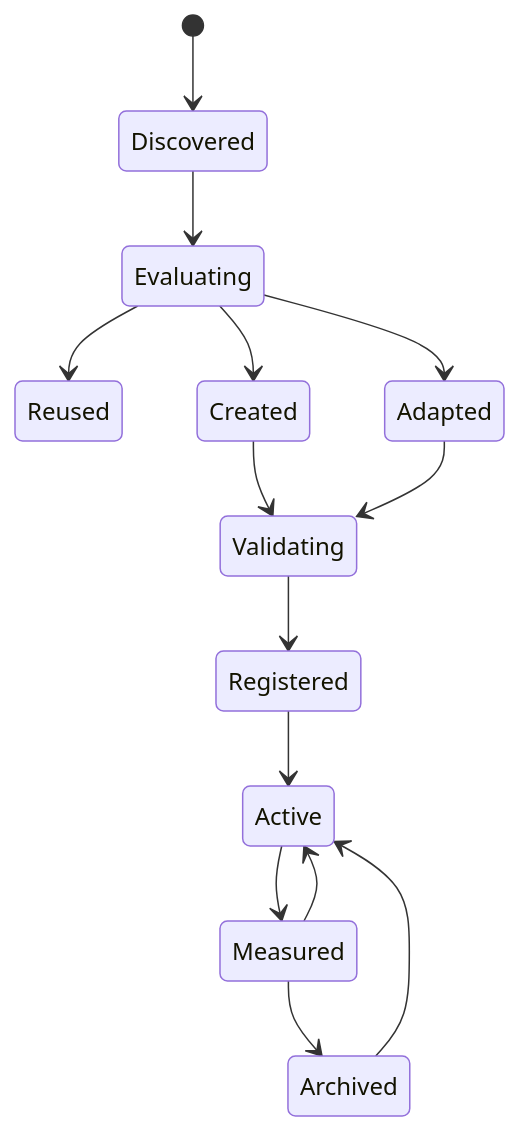
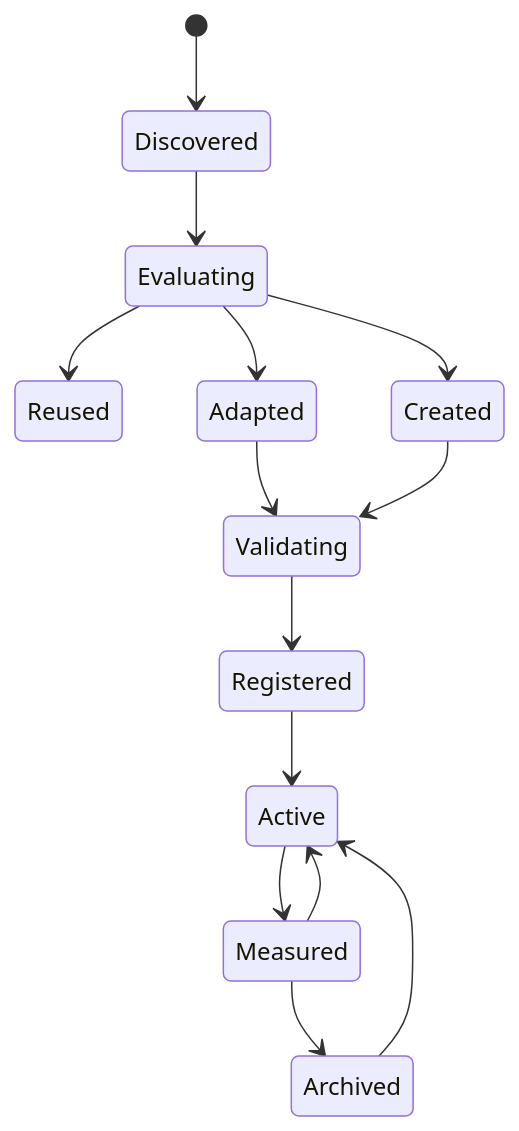
One commit to SaifulHaqueNiloy/supremeai changed the fourth of 8 diagrams in README.md. Above: the diagram before and after it, drawn with Mermaid. The commit also changed other lines of this file, not shown here.

Commit message:
docs: add SupremeAI constitution and complete service architecture guide

````diff
--- a/README.md
+++ b/README.md
@@ -329,16 +525,16 @@
 ```mermaid
 stateDiagram-v2
     [*] --> Discovered
     Discovered --> Evaluating
     Evaluating --> Reused
     Evaluating --> Adapted
     Evaluating --> Created
+    Adapted --> Validating
     Created --> Validating
-    Adapted --> Validating
     Validating --> Registered
     Registered --> Active
     Active --> Measured
     Measured --> Active
     Measured --> Archived
     Archived --> Active
 ```
````
